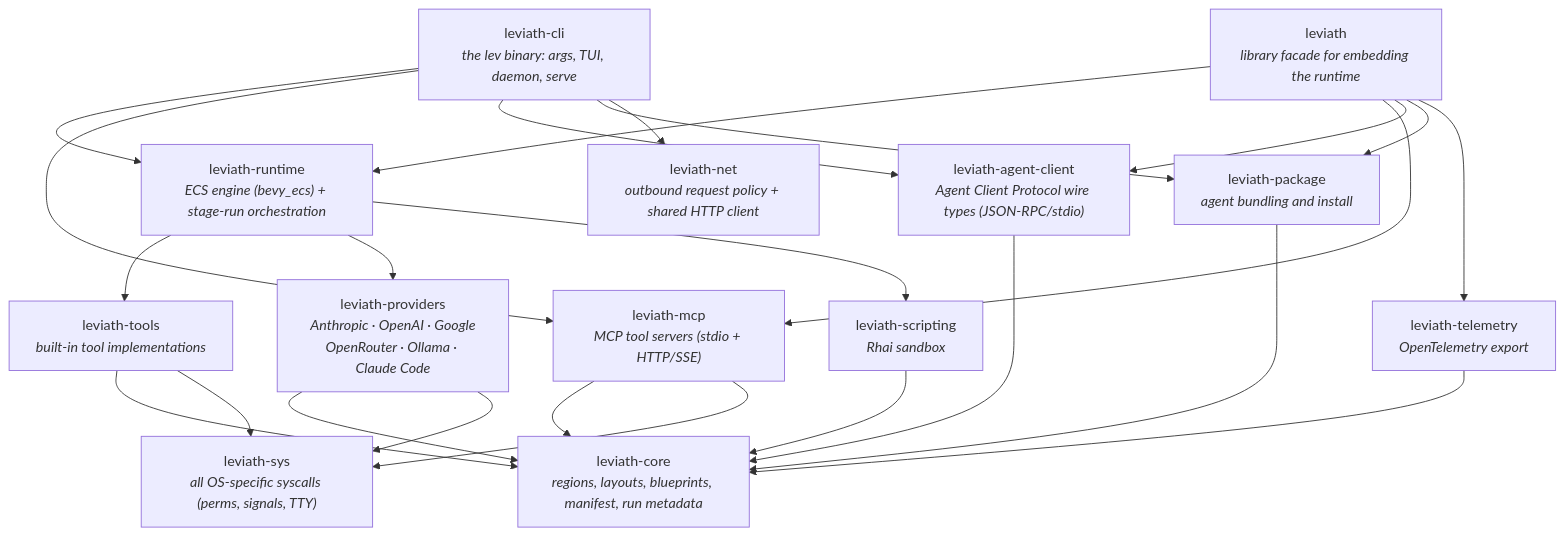
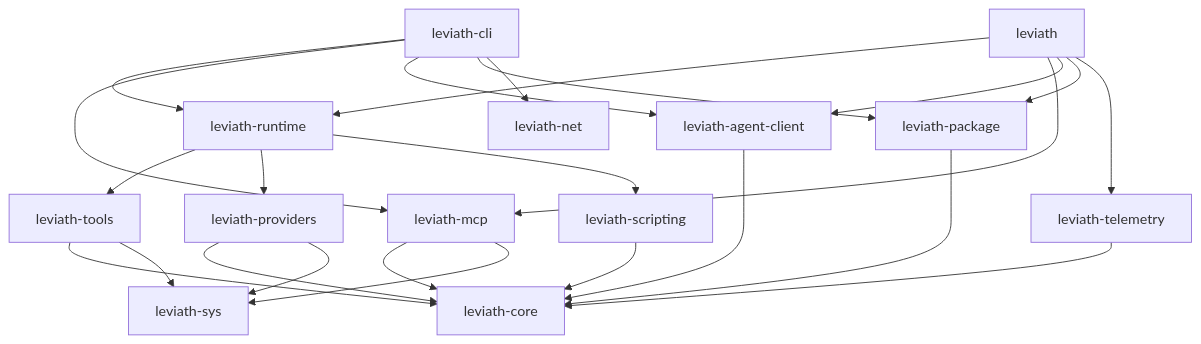
One commit to GEMISIS/leviath changed the diagram in README.md. Above: the diagram before and after it, drawn with Mermaid. The commit also changed other lines of this file, not shown here.

````diff
--- a/README.md
+++ b/README.md
@@ -312,40 +312,40 @@
 ```mermaid
 graph TD
-    CLI["leviath-cli<br/><i>the lev binary: args, TUI, daemon, serve</i>"]
-    LIB["leviath<br/><i>library facade for embedding the runtime</i>"]
-    RT["leviath-runtime<br/><i>ECS engine (bevy_ecs) + stage-run orchestration</i>"]
-    TOOLS["leviath-tools<br/><i>built-in tool implementations</i>"]
-    PROV["leviath-providers<br/><i>Anthropic · OpenAI · Google<br/>OpenRouter · Ollama · Claude Code</i>"]
-    CORE["leviath-core<br/><i>regions, layouts, blueprints, manifest, run metadata</i>"]
-    MCP["leviath-mcp<br/><i>MCP tool servers (stdio + HTTP/SSE)</i>"]
-    ACP["leviath-agent-client<br/><i>Agent Client Protocol wire types (JSON-RPC/stdio)</i>"]
-    PKG["leviath-package<br/><i>agent bundling and install</i>"]
-    SCRIPT["leviath-scripting<br/><i>Rhai sandbox</i>"]
-    TELEM["leviath-telemetry<br/><i>OpenTelemetry export</i>"]
-    NET["leviath-net<br/><i>outbound request policy + shared HTTP client</i>"]
-    SYS["leviath-sys<br/><i>all OS-specific syscalls (perms, signals, TTY)</i>"]
+    CLI["leviath-cli"]
+    LIB["leviath"]
+    RT["leviath-runtime"]
+    TOOLS["leviath-tools"]
+    PROV["leviath-providers"]
+    CORE["leviath-core"]
+    MCP["leviath-mcp"]
+    ACP["leviath-agent-client"]
+    PKG["leviath-package"]
+    SCRIPT["leviath-scripting"]
+    TELEM["leviath-telemetry"]
+    NET["leviath-net"]
+    SYS["leviath-sys"]
 
     CLI --> RT
     CLI --> MCP
     CLI --> ACP
     CLI --> PKG
     CLI --> NET
     LIB --> RT
     LIB --> MCP
     LIB --> ACP
     LIB --> PKG
     LIB --> TELEM
     RT --> TOOLS
     RT --> PROV
     RT --> SCRIPT
     TOOLS --> CORE
     TOOLS --> SYS
     PROV --> CORE
     PROV --> SYS
     MCP --> CORE
     MCP --> SYS
     ACP --> CORE
     PKG --> CORE
     SCRIPT --> CORE
     TELEM --> CORE
 ```
````
